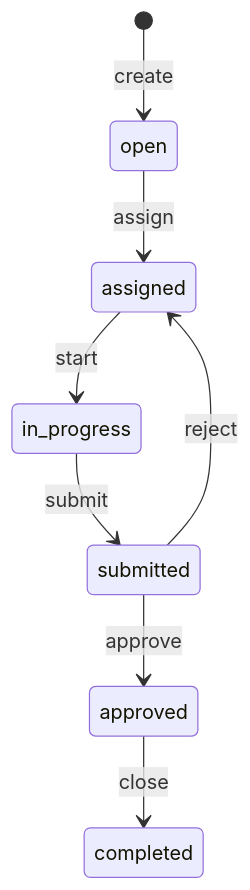
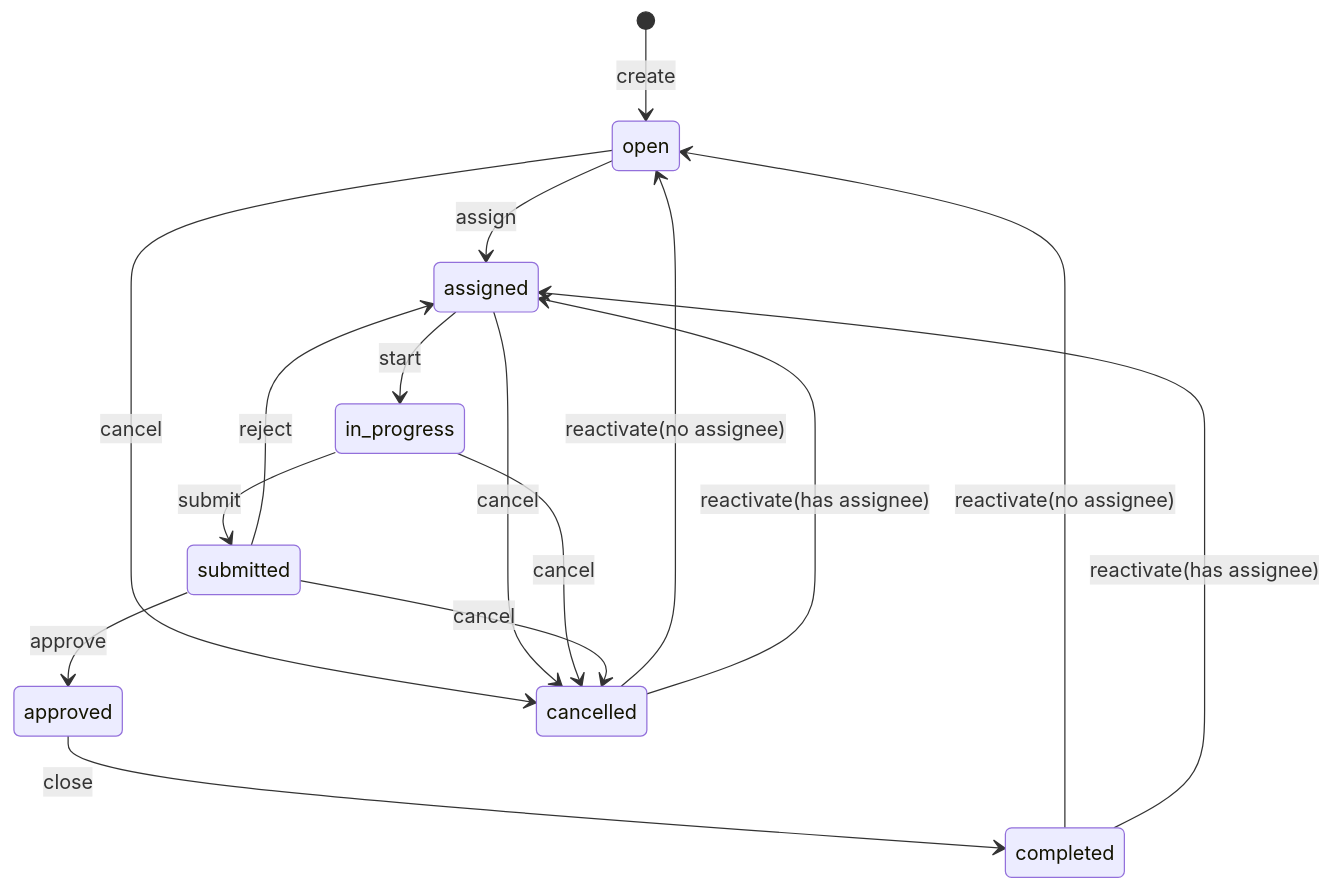
One commit to AsaqeLee/taskflow changed the second of 2 diagrams in README.md. Above: the diagram before and after it, drawn with Mermaid. The commit also changed other lines of this file and 7 other files, not shown here.

````diff
--- a/README.md
+++ b/README.md
@@ -260,10 +267,18 @@
 ```mermaid
 stateDiagram-v2
     [*] --> open: create
     open --> assigned: assign
     assigned --> in_progress: start
     in_progress --> submitted: submit
     submitted --> approved: approve
     approved --> completed: close
     submitted --> assigned: reject
+    open --> cancelled: cancel
+    assigned --> cancelled: cancel
+    in_progress --> cancelled: cancel
+    submitted --> cancelled: cancel
+    cancelled --> open: reactivate(no assignee)
+    cancelled --> assigned: reactivate(has assignee)
+    completed --> open: reactivate(no assignee)
+    completed --> assigned: reactivate(has assignee)
 ```
````
